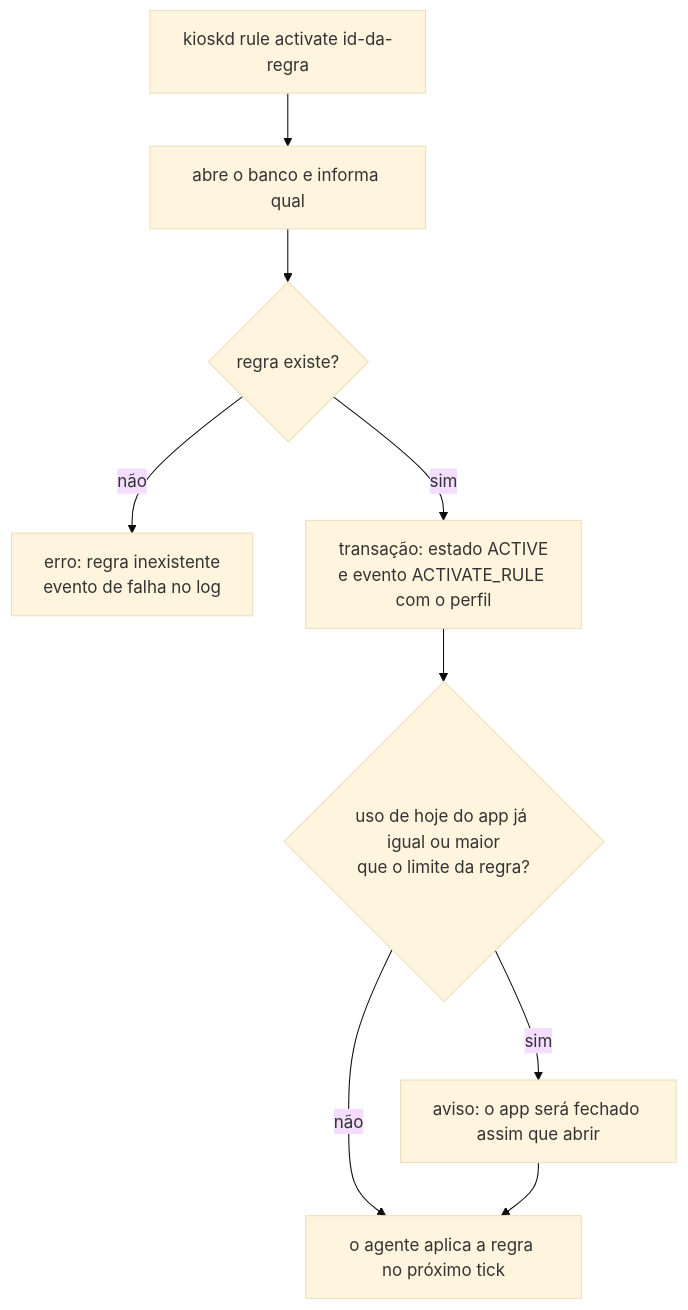
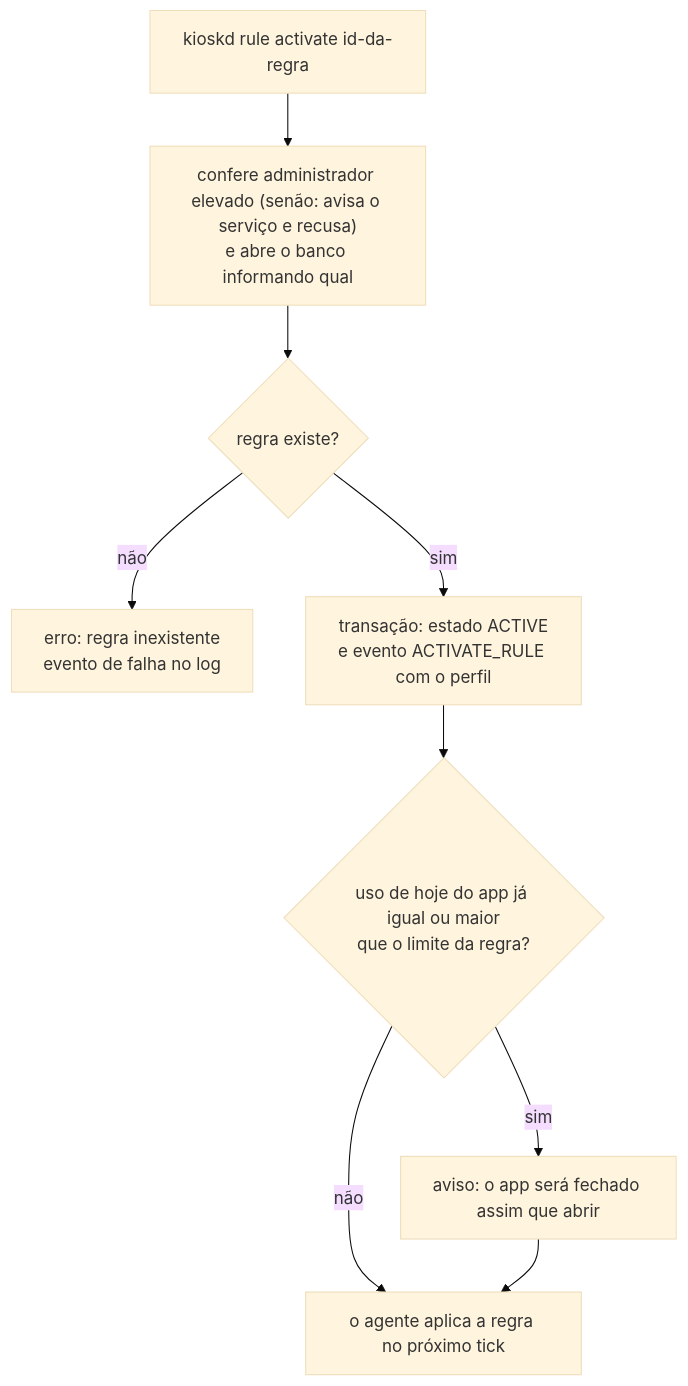
Before and after one commit to jefersonlop3s/kiosk-engine: diagram 14 of 28 in docs/architecture/fluxos-dos-comandos.md, drawn with Mermaid (base theme). The commit also changed other lines of this file and 22 other files, not shown here.

````diff
--- a/docs/architecture/fluxos-dos-comandos.md
+++ b/docs/architecture/fluxos-dos-comandos.md
@@ -226,11 +228,11 @@
 ```mermaid
 flowchart TD
-    A["kioskd rule activate id-da-regra"] --> B["abre o banco e informa qual"]
+    A["kioskd rule activate id-da-regra"] --> B["confere administrador elevado (senão: avisa o serviço e recusa)<br/>e abre o banco informando qual"]
     B --> C{"regra existe?"}
     C -->|não| E["erro: regra inexistente<br/>evento de falha no log"]
     C -->|sim| D["transação: estado ACTIVE<br/>e evento ACTIVATE_RULE com o perfil"]
     D --> W{"uso de hoje do app já igual ou maior<br/>que o limite da regra?"}
     W -->|sim| W1["aviso: o app será fechado assim que abrir"]
     W -->|não| F["o agente aplica a regra no próximo tick"]
     W1 --> F
 ```
````
